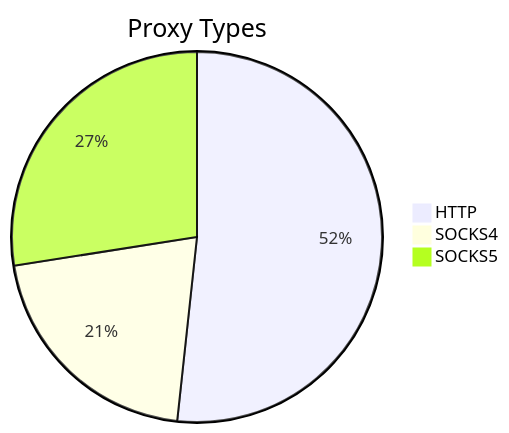
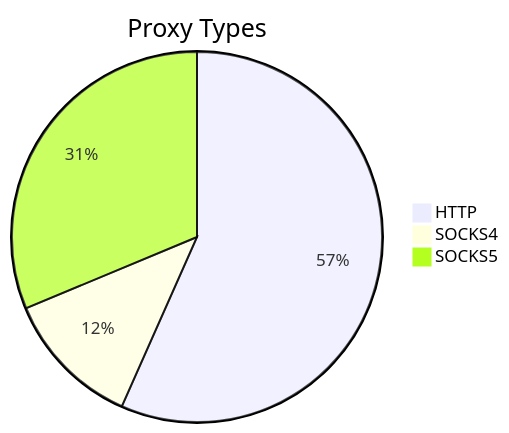
Before and after one commit to stormsia/proxy-list: the first of 2 diagrams in README.md, drawn with Mermaid. The commit also changed other lines of this file, not shown here.

````diff
--- a/README.md
+++ b/README.md
@@ -21,6 +21,6 @@
 ```mermaid
 pie title Proxy Types
-    "HTTP" : 318
-    "SOCKS4" : 128
-    "SOCKS5" : 169
+    "HTTP" : 230
+    "SOCKS4" : 49
+    "SOCKS5" : 127
 ```
````
